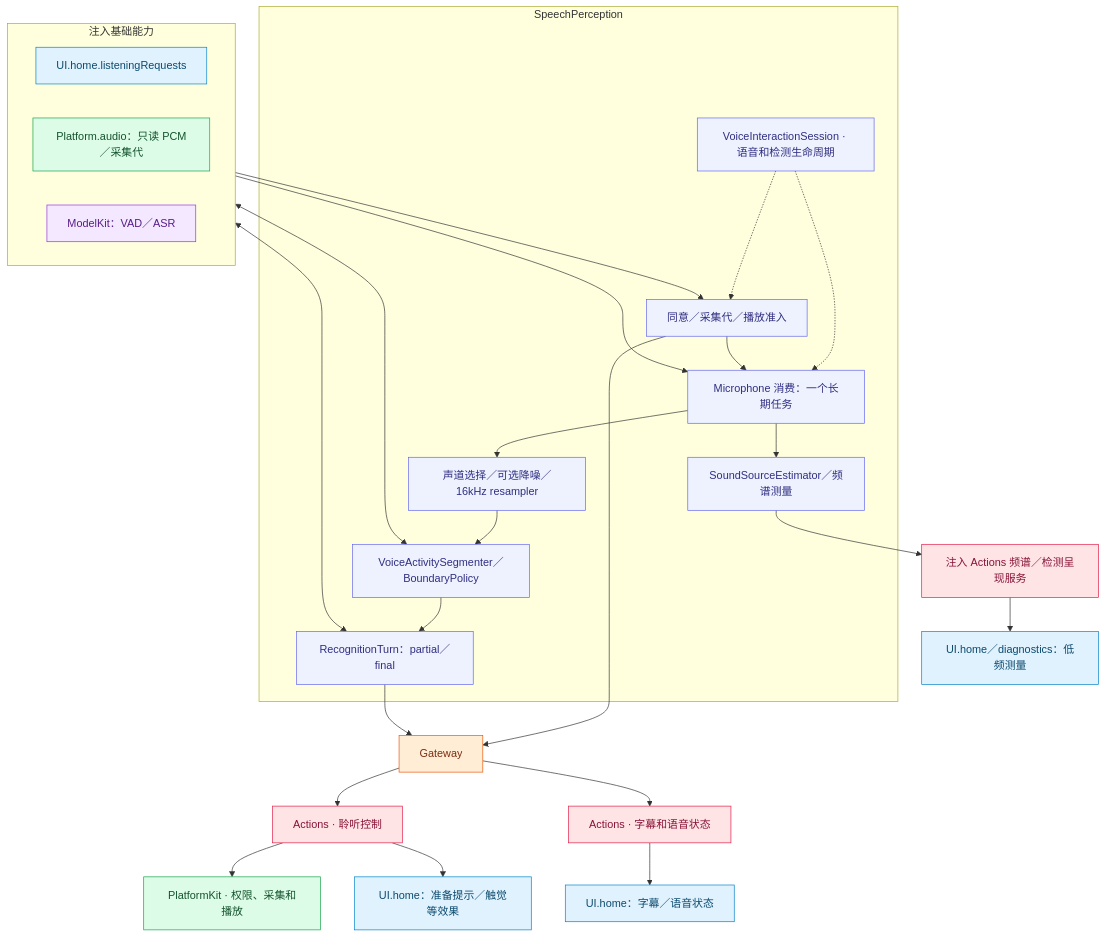
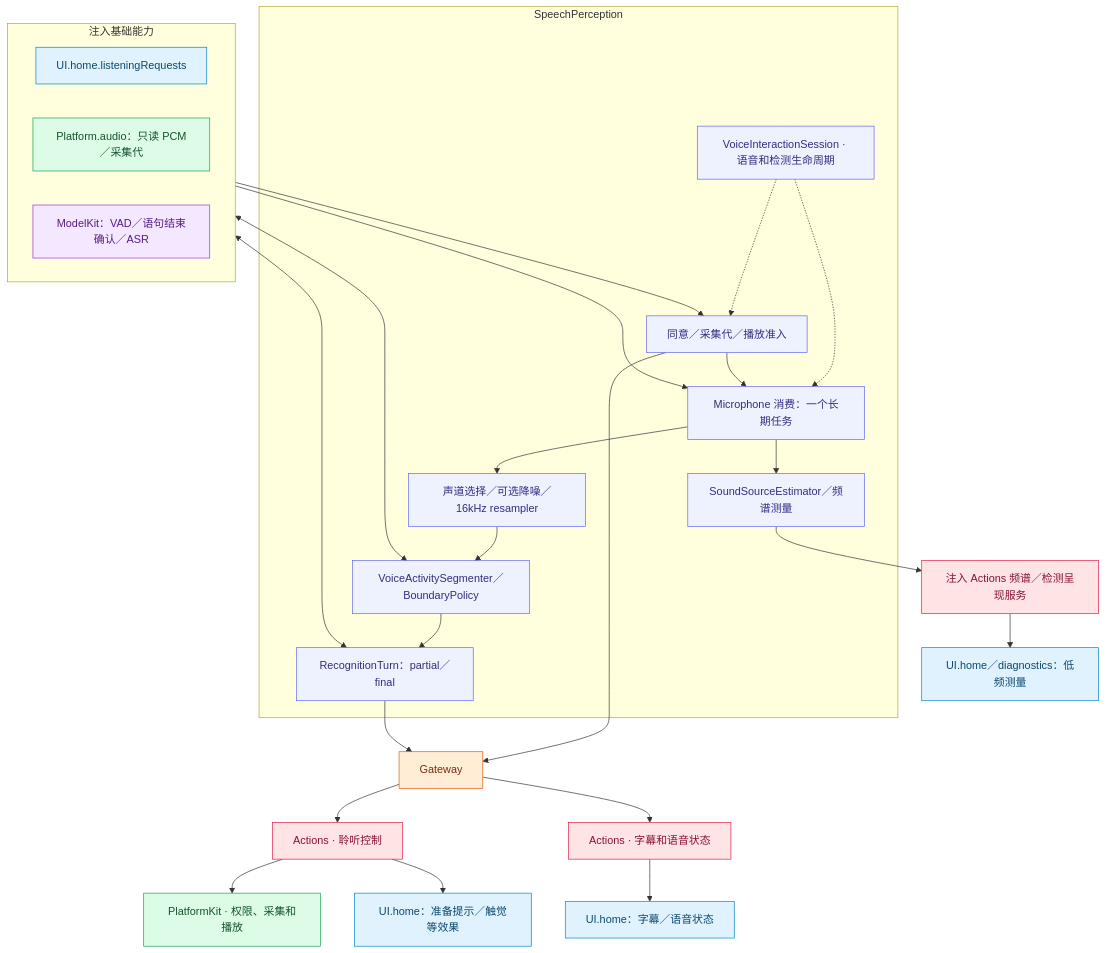
Before and after one commit to devilyouwei/MobileHarness: the second of 3 diagrams in MobileHarness/Agents/SpeechPerception/README.md, drawn with Mermaid. The commit also changed other lines of this file and 201 other files, not shown here.

````diff
--- a/MobileHarness/Agents/SpeechPerception/README.md
+++ b/MobileHarness/Agents/SpeechPerception/README.md
@@ -81,44 +81,44 @@
 ```mermaid
 flowchart TB
  subgraph Injected["注入基础能力"]
  direction LR
  U["UI.home.listeningRequests"]:::ui
  P["Platform.audio：只读 PCM／采集代"]:::platform
- M["ModelKit：VAD／ASR"]:::model
+ M["ModelKit：VAD／语句结束确认／ASR"]:::model
  end
  subgraph Role["SpeechPerception"]
  V["VoiceInteractionSession · 语音和检测生命周期"]:::agent
  L["同意／采集代／播放准入"]:::agent
  N["Microphone 消费：一个长期任务"]:::agent
  R["声道选择／可选降噪／16kHz resampler"]:::agent
  B["VoiceActivitySegmenter／BoundaryPolicy"]:::agent
  T["RecognitionTurn：partial／final"]:::agent
  S["SoundSourceEstimator／频谱测量"]:::agent
  end
  V -.-> L
  V -.-> N
  U --> L
  P --> N
  L --> N
  N --> R --> B --> T
  N --> S
  M <--> B
  M <--> T
  L --> G["Gateway"]:::gateway
  T --> G
  G --> X["Actions · 聆听控制"]:::action
  G --> Y["Actions · 字幕和语音状态"]:::action
  X --> PC["PlatformKit · 权限、采集和播放"]:::platform
  X --> UE["UI.home：准备提示／触觉等效果"]:::ui
  Y --> UC["UI.home：字幕／语音状态"]:::ui
  S --> AP["注入 Actions 频谱／检测呈现服务"]:::action
  AP --> US["UI.home／diagnostics：低频测量"]:::ui
  classDef ui fill:#e0f2fe,stroke:#0284c7,color:#0c4a6e
  classDef platform fill:#dcfce7,stroke:#16a34a,color:#14532d
  classDef model fill:#f3e8ff,stroke:#9333ea,color:#581c87
  classDef storage fill:#fef3c7,stroke:#d97706,color:#78350f
  classDef agent fill:#eef2ff,stroke:#6366f1,color:#312e81
  classDef gateway fill:#ffedd5,stroke:#ea580c,color:#7c2d12
  classDef action fill:#ffe4e6,stroke:#e11d48,color:#881337
  classDef host fill:#f1f5f9,stroke:#64748b,color:#334155
 ```
````
